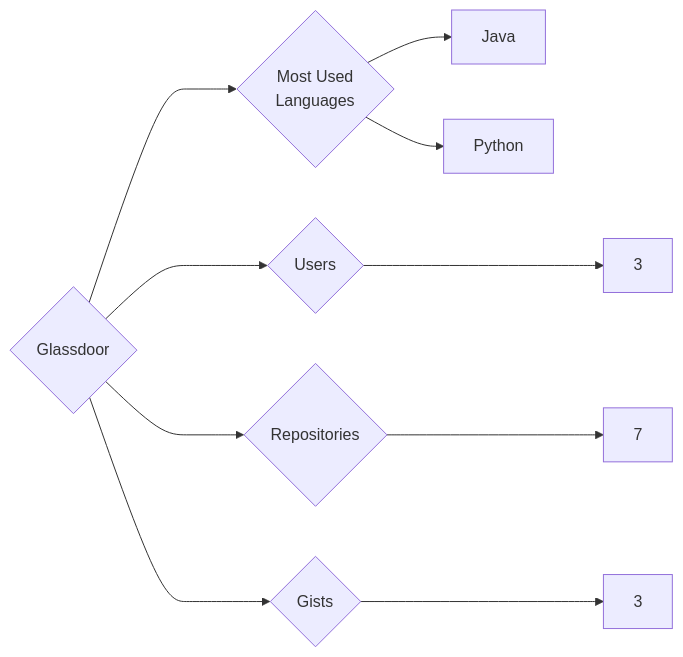
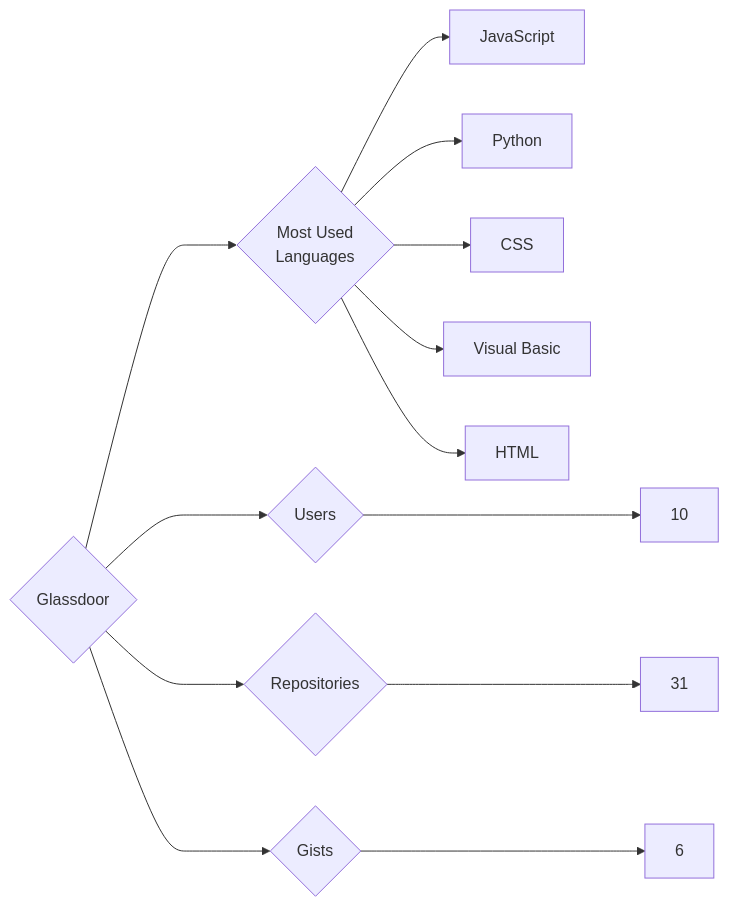
The diagram in targets/Glassdoor/README.md (trickest/insiders), drawn with Mermaid before and after one commit. The commit also changed 1003 other files, not shown here.

````diff
--- a/targets/Glassdoor/README.md
+++ b/targets/Glassdoor/README.md
@@ -3,10 +3,13 @@
 ```mermaid
 graph LR
 COMPANY_NAME{Glassdoor}
-COMPANY_NAME ---> U{Users} ---> UN[3]
-COMPANY_NAME ---> R{Repositories} ---> RN[7]
-COMPANY_NAME ---> G{Gists} ---> GN[3]
+COMPANY_NAME ---> U{Users} ---> UN[10]
+COMPANY_NAME ---> R{Repositories} ---> RN[31]
+COMPANY_NAME ---> G{Gists} ---> GN[6]
 COMPANY_NAME ---> ML{Most Used<br>Languages}
-ML --> Java[Java]
+ML --> JavaScript[JavaScript]
 ML --> Python[Python]
+ML --> CSS[CSS]
+ML --> Visual_Basic[Visual Basic]
+ML --> HTML[HTML]
 ```
````
